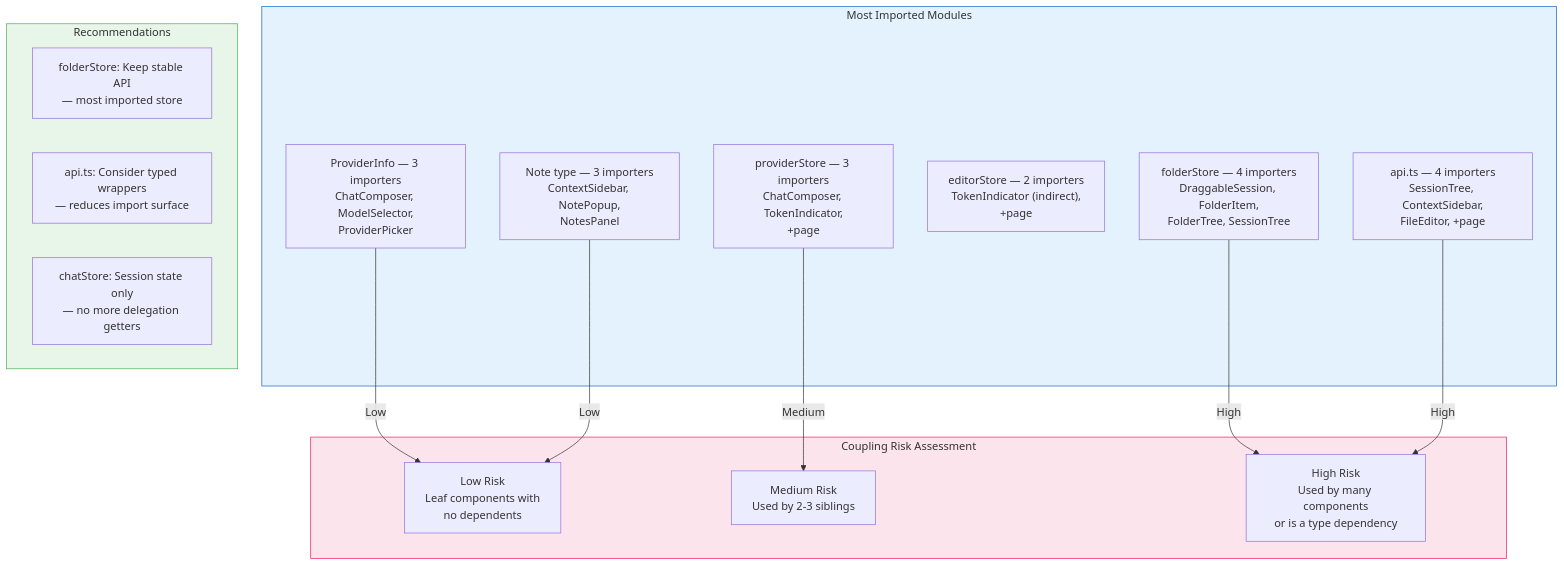
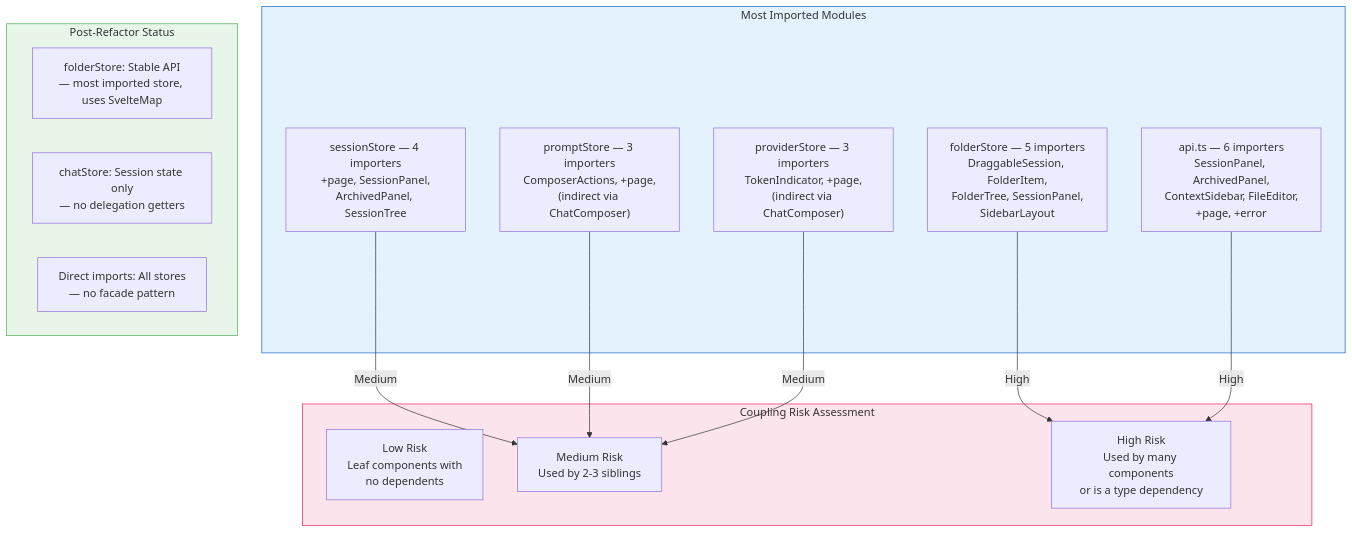
One commit to m1981/kuchnie changed the ninth of 12 diagrams in kitchen-agent/docs/specs/frontend-diagrams.md. Above: the diagram before and after it, drawn with Mermaid. The commit also changed other lines of this file and 1 other file, not shown here.

First line of the commit message:
docs: update architecture diagrams for refactor v2

````diff
--- a/kitchen-agent/docs/specs/frontend-diagrams.md
+++ b/kitchen-agent/docs/specs/frontend-diagrams.md
@@ -507,33 +567,32 @@
 ```mermaid
 graph TB
     subgraph Hotspots["Most Imported Modules"]
-        FS["folderStore — 4 importers<br/>DraggableSession, FolderItem,<br/>FolderTree, SessionTree"]
-        API["api.ts — 4 importers<br/>SessionTree, ContextSidebar,<br/>FileEditor, +page"]
-        PS["providerStore — 3 importers<br/>ChatComposer, TokenIndicator,<br/>+page"]
-        ES["editorStore — 2 importers<br/>TokenIndicator (indirect),<br/>+page"]
-        PI["ProviderInfo — 3 importers<br/>ChatComposer, ModelSelector,<br/>ProviderPicker"]
-        NOTE["Note type — 3 importers<br/>ContextSidebar, NotePopup,<br/>NotesPanel"]
+        FS["folderStore — 5 importers<br/>DraggableSession, FolderItem,<br/>FolderTree, SessionPanel,<br/>SidebarLayout"]
+        API["api.ts — 6 importers<br/>SessionPanel, ArchivedPanel,<br/>ContextSidebar, FileEditor,<br/>+page, +error"]
+        SS["sessionStore — 4 importers<br/>+page, SessionPanel,<br/>ArchivedPanel, SessionTree"]
+        PR["promptStore — 3 importers<br/>ComposerActions, +page,<br/>(indirect via ChatComposer)"]
+        PS["providerStore — 3 importers<br/>TokenIndicator, +page,<br/>(indirect via ChatComposer)"]
     end
 
     subgraph Risk["Coupling Risk Assessment"]
         LowRisk["Low Risk<br/>Leaf components with<br/>no dependents"]
         MedRisk["Medium Risk<br/>Used by 2-3 siblings"]
         HighRisk["High Risk<br/>Used by many components<br/>or is a type dependency"]
     end
 
     FS -->|"High"| HighRisk
     API -->|"High"| HighRisk
+    SS -->|"Medium"| MedRisk
+    PR -->|"Medium"| MedRisk
     PS -->|"Medium"| MedRisk
-    PI -->|"Low"| LowRisk
-    NOTE -->|"Low"| LowRisk
 
-    subgraph Recommendations["Recommendations"]
-        R1["folderStore: Keep stable API<br/>— most imported store"]
-        R2["api.ts: Consider typed wrappers<br/>— reduces import surface"]
-        R3["chatStore: Session state only<br/>— no more delegation getters"]
+    subgraph Recommendations["Post-Refactor Status"]
+        R1["folderStore: Stable API<br/>— most imported store, uses SvelteMap"]
+        R2["chatStore: Session state only<br/>— no delegation getters"]
+        R3["Direct imports: All stores<br/>— no facade pattern"]
     end
 
     style Hotspots fill:#e3f2fd,stroke:#1565C0
     style Risk fill:#fce4ec,stroke:#E91E63
     style Recommendations fill:#e8f5e9,stroke:#4CAF50
 ```
````
